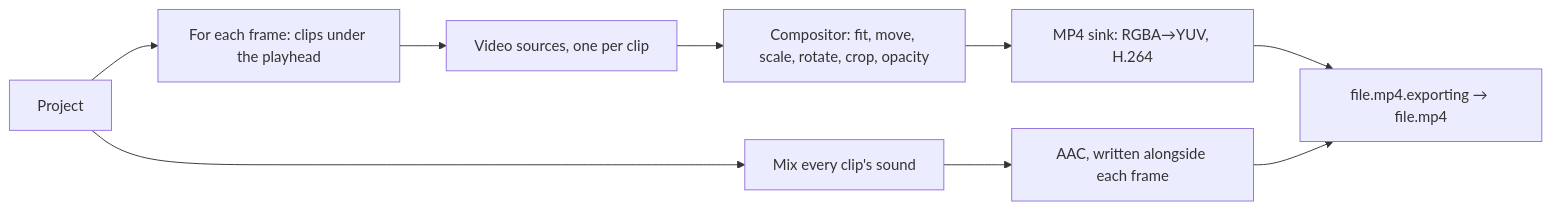
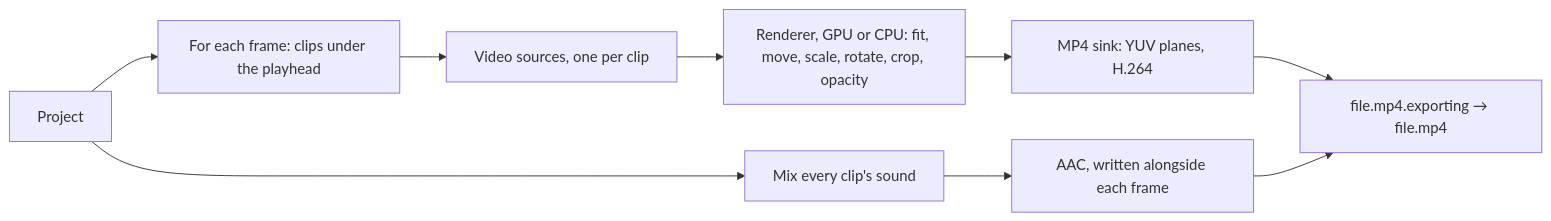
One commit to noasman971/kadr changed the diagram in docs/media-and-export.md. Above: the diagram before and after it, drawn with Mermaid. The commit also changed other lines of this file and 10 other files, not shown here.

Commit message:
docs: document YUV rendering, colours, GPU/CPU parity and benchmarks

````diff
--- a/docs/media-and-export.md
+++ b/docs/media-and-export.md
@@ -54,11 +56,11 @@
 ```mermaid
 flowchart LR
     project[Project] --> mixer[Mix every clip's sound]
     project --> composer[For each frame: clips under the playhead]
     composer --> sources[Video sources, one per clip]
-    sources --> compositor[Compositor: fit, move, scale, rotate, crop, opacity]
-    compositor --> sink[MP4 sink: RGBA→YUV, H.264]
+    sources --> compositor[Renderer, GPU or CPU: fit, move, scale, rotate, crop, opacity]
+    compositor --> sink[MP4 sink: YUV planes, H.264]
     mixer --> sink2[AAC, written alongside each frame]
     sink --> file[file.mp4.exporting → file.mp4]
     sink2 --> file
 ```
````
